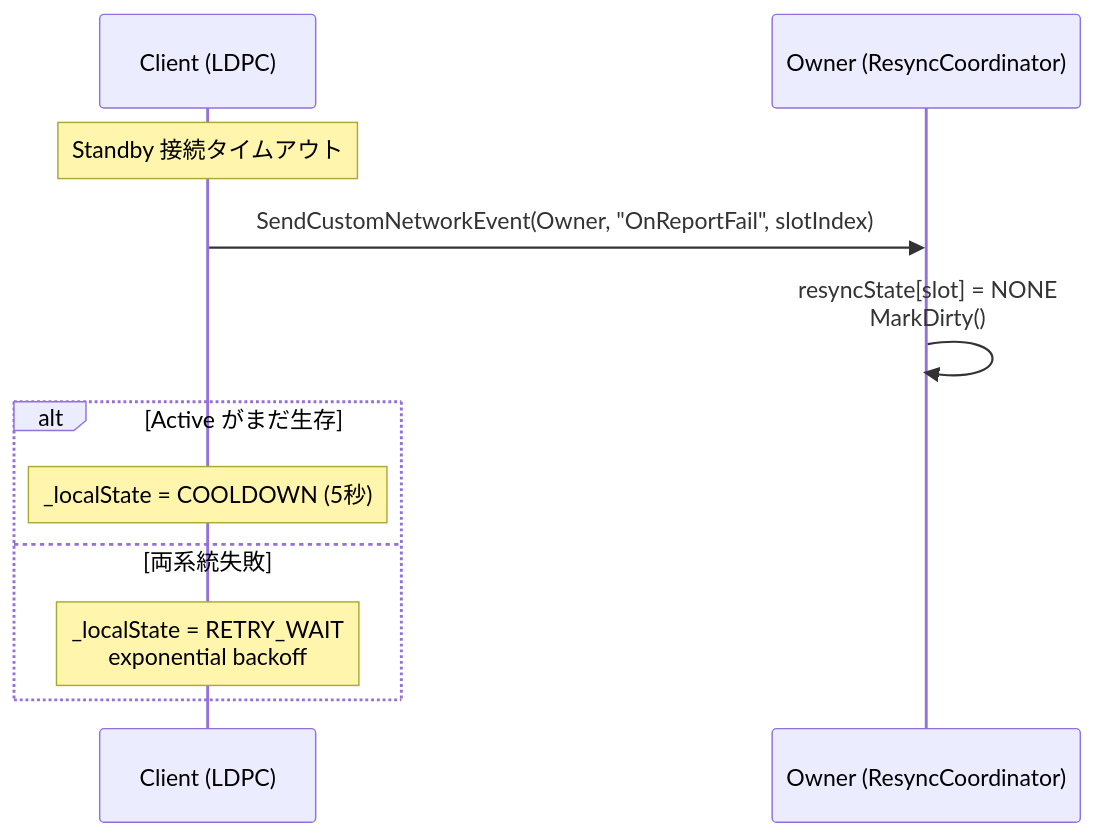
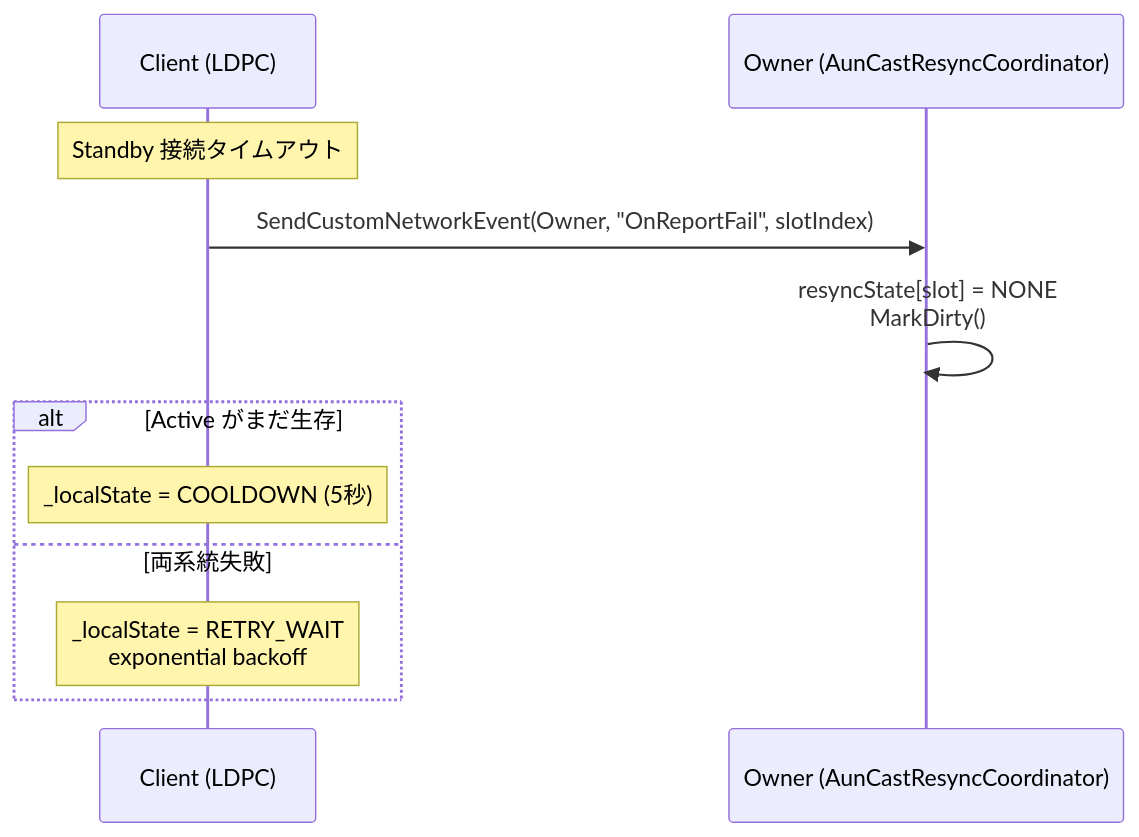
One commit to pasocommate/AunCast changed the second of 6 diagrams in Docs/Resync-Owner-Centric-Sequences.md. Above: the diagram before and after it, drawn with Mermaid. The commit also changed other lines of this file and 9 other files, not shown here.

````diff
--- a/Docs/Resync-Owner-Centric-Sequences.md
+++ b/Docs/Resync-Owner-Centric-Sequences.md
@@ -40,16 +40,16 @@
 ```mermaid
 sequenceDiagram
     participant C as Client (LDPC)
-    participant O as Owner (ResyncCoordinator)
+    participant O as Owner (AunCastResyncCoordinator)
 
     Note over C: Standby 接続タイムアウト
 
     C->>O: SendCustomNetworkEvent(Owner, "OnReportFail", slotIndex)
     O->>O: resyncState[slot] = NONE<br/>MarkDirty()
 
     alt Active がまだ生存
         Note over C: _localState = COOLDOWN (5秒)
     else 両系統失敗
         Note over C: _localState = RETRY_WAIT<br/>exponential backoff
     end
 ```
````
